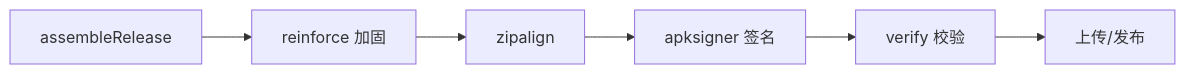
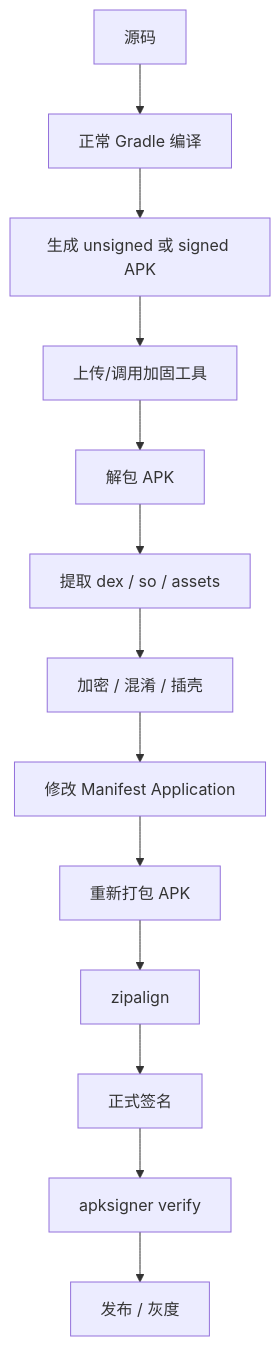
Diagram 11 of 12 in android插件相关/App加固详解.md (junyingzhao001/StudyNotes), drawn with Mermaid before and after one commit. The commit also changed other lines of this file and 3 other files, not shown here.

````diff
--- a/android插件相关/App加固详解.md
+++ b/android插件相关/App加固详解.md
@@ -1161,8 +1160,16 @@
 ```mermaid
-flowchart LR
-  Assemble["assembleRelease"] --> Reinforce["reinforce 加固"]
-  Reinforce --> Zipalign["zipalign"]
-  Zipalign --> Sign["apksigner 签名"]
-  Sign --> Verify["verify 校验"]
-  Verify --> Upload["上传/发布"]
+flowchart TD
+    A["源码"] --> B["正常 Gradle 编译"]
+    B --> C["生成 unsigned 或 signed APK"]
+    C --> D["上传/调用加固工具"]
+    D --> E["解包 APK"]
+    E --> F["提取 dex / so / assets"]
+    F --> G["加密 / 混淆 / 插壳"]
+    G --> H["修改 Manifest Application"]
+    H --> I["重新打包 APK"]
+    I --> J["zipalign"]
+    J --> K["正式签名"]
+    K --> L["apksigner verify"]
+    L --> M["发布 / 灰度"]
+
 ```
````
